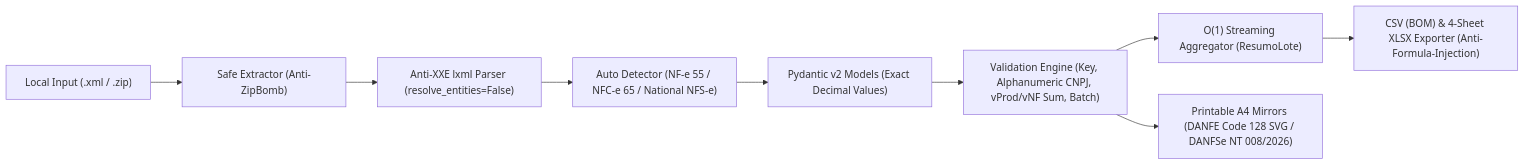
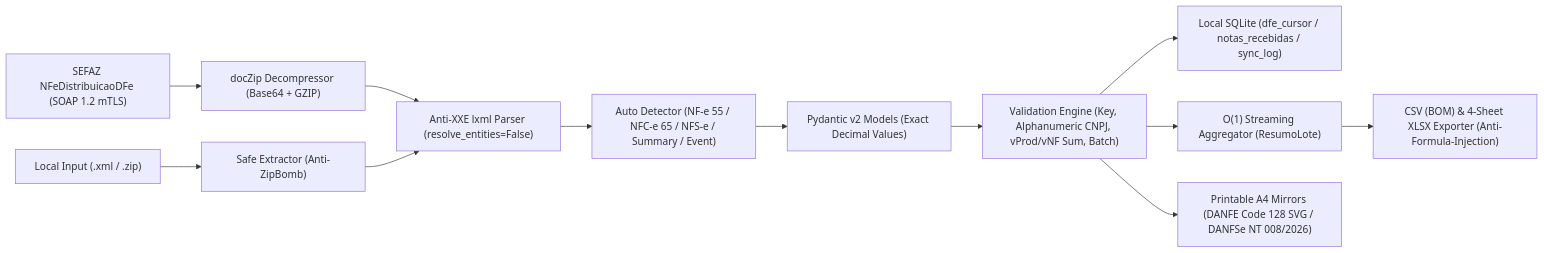
The diagram in README.en.md (Giovani-fr/nfe-local), drawn with Mermaid before and after one commit. The commit also changed other lines of this file and 3 other files, not shown here.

Commit message:
docs(readme): documentar certificado A1 em RAM, NFeDistribuicaoDFe e fechar backlog

````diff
--- a/README.en.md
+++ b/README.en.md
@@ -109,11 +159,14 @@
 ```mermaid
 flowchart LR
     A["Local Input (.xml / .zip)"] --> B["Safe Extractor (Anti-ZipBomb)"]
-    B --> C["Anti-XXE lxml Parser (resolve_entities=False)"]
-    C --> D["Auto Detector (NF-e 55 / NFC-e 65 / National NFS-e)"]
+    S["SEFAZ NFeDistribuicaoDFe (SOAP 1.2 mTLS)"] --> Z["docZip Decompressor (Base64 + GZIP)"]
+    Z --> C["Anti-XXE lxml Parser (resolve_entities=False)"]
+    B --> C
+    C --> D["Auto Detector (NF-e 55 / NFC-e 65 / NFS-e / Summary / Event)"]
     D --> E["Pydantic v2 Models (Exact Decimal Values)"]
     E --> F["Validation Engine (Key, Alphanumeric CNPJ, vProd/vNF Sum, Batch)"]
+    F --> DB["Local SQLite (dfe_cursor / notas_recebidas / sync_log)"]
     F --> G["O(1) Streaming Aggregator (ResumoLote)"]
     F --> H["Printable A4 Mirrors (DANFE Code 128 SVG / DANFSe NT 008/2026)"]
     G --> I["CSV (BOM) & 4-Sheet XLSX Exporter (Anti-Formula-Injection)"]
 ```
````
